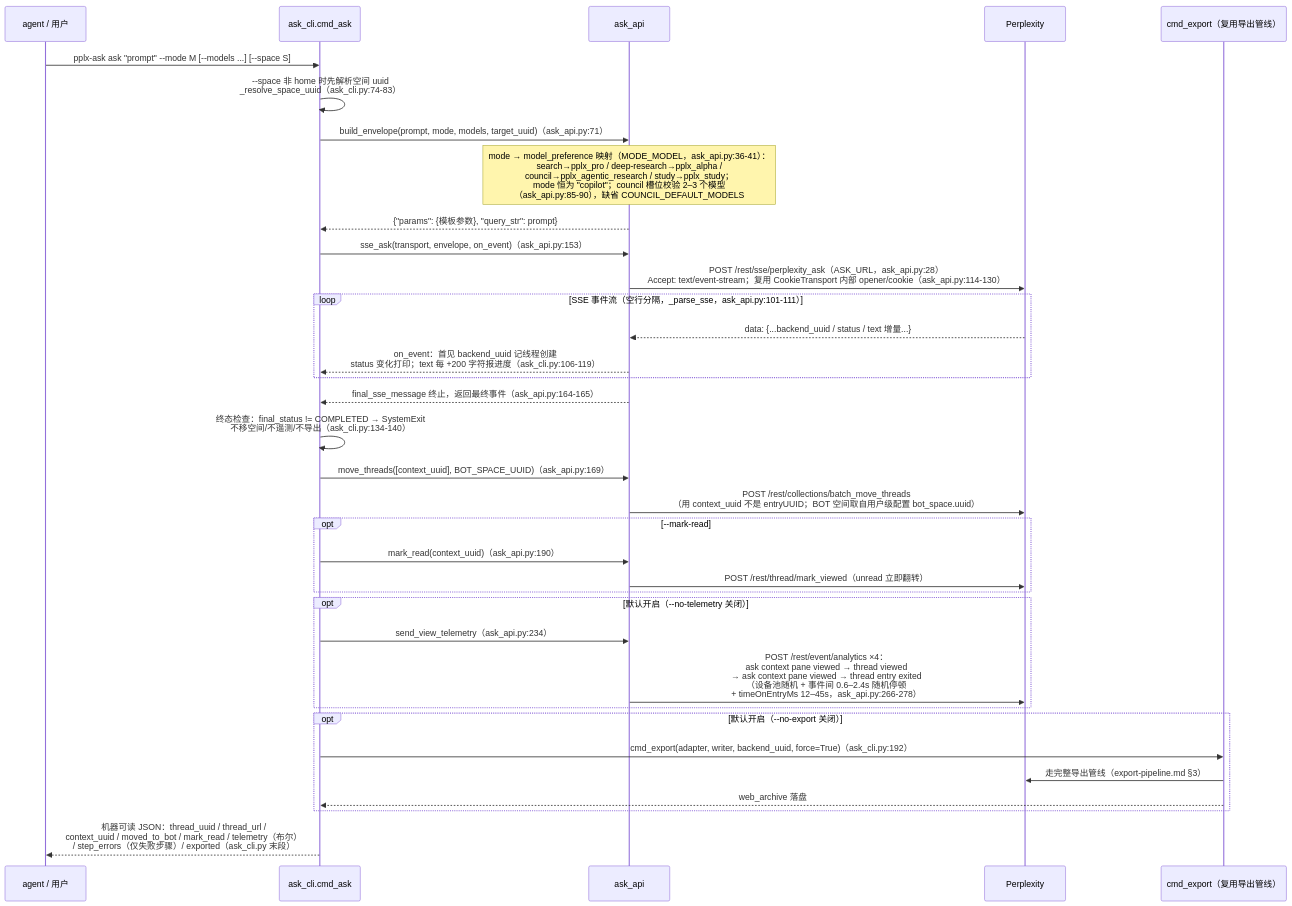
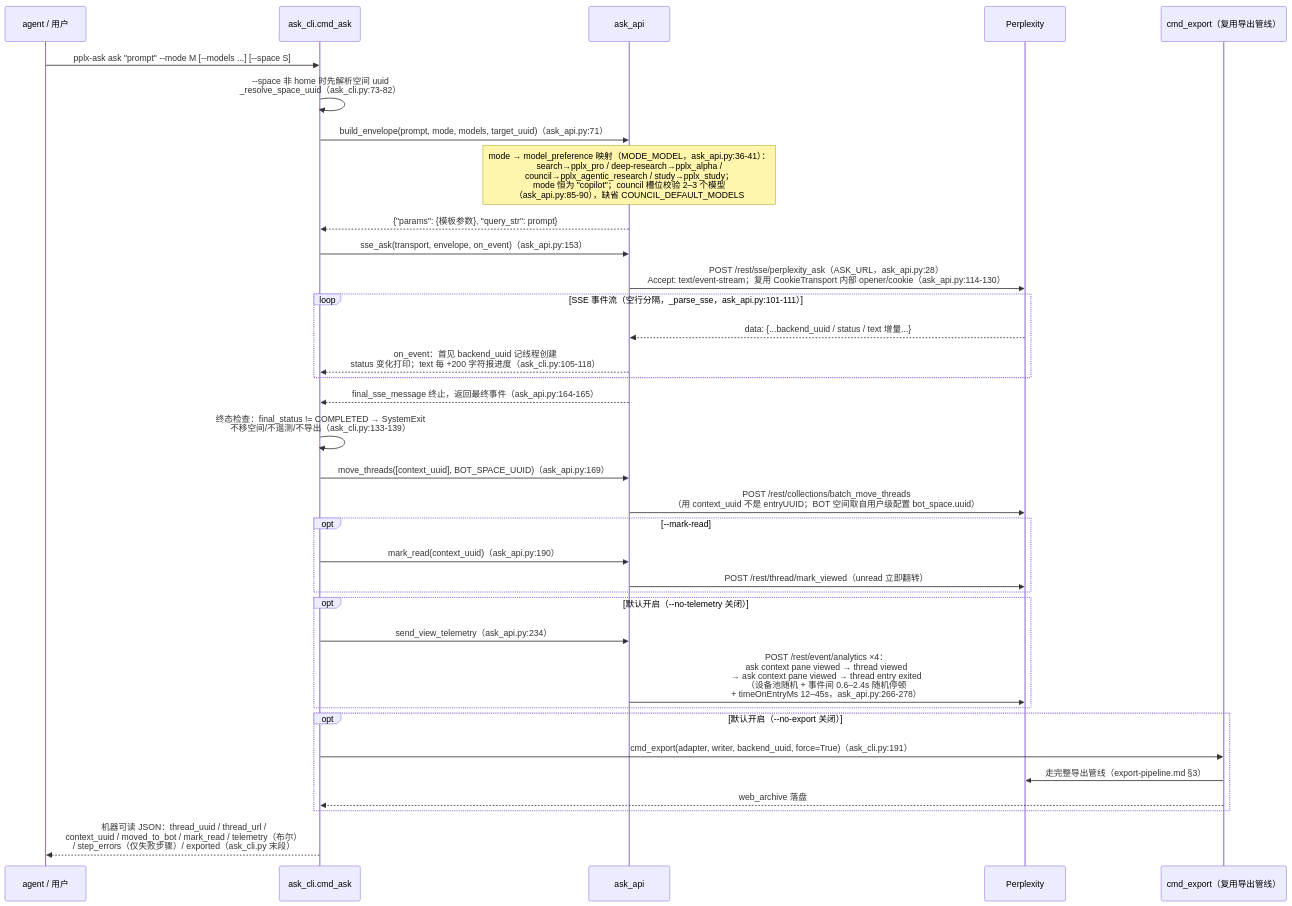
The first of 2 diagrams in docs/architecture/ask-and-accounts.zh-CN.md (Yiksing/pplx-tools), drawn with Mermaid before and after one commit. The commit also changed other lines of this file and 54 other files, not shown here.

````diff
--- a/docs/architecture/ask-and-accounts.zh-CN.md
+++ b/docs/architecture/ask-and-accounts.zh-CN.md
@@ -10,38 +10,38 @@
 ```mermaid
 sequenceDiagram
     participant U as agent / 用户
     participant A as ask_cli.cmd_ask
     participant AK as ask_api
     participant P as Perplexity
     participant EX as cmd_export（复用导出管线）
 
     U->>A: pplx-ask ask "prompt" --mode M [--models ...] [--space S]
-    A->>A: --space 非 home 时先解析空间 uuid<br/>_resolve_space_uuid（ask_cli.py:74-83）
+    A->>A: --space 非 home 时先解析空间 uuid<br/>_resolve_space_uuid（ask_cli.py:73-82）
     A->>AK: build_envelope(prompt, mode, models, target_uuid)（ask_api.py:71）
     Note over AK: mode → model_preference 映射（MODE_MODEL，ask_api.py:36-41）：<br/>search→pplx_pro / deep-research→pplx_alpha /<br/>council→pplx_agentic_research / study→pplx_study；<br/>mode 恒为 "copilot"；council 槽位校验 2–3 个模型<br/>（ask_api.py:85-90），缺省 COUNCIL_DEFAULT_MODELS
     AK-->>A: {"params": {模板参数}, "query_str": prompt}
     A->>AK: sse_ask(transport, envelope, on_event)（ask_api.py:153）
     AK->>P: POST /rest/sse/perplexity_ask（ASK_URL，ask_api.py:28）<br/>Accept: text/event-stream；复用 CookieTransport 内部 opener/cookie（ask_api.py:114-130）
     loop SSE 事件流（空行分隔，_parse_sse，ask_api.py:101-111）
         P-->>AK: data: {...backend_uuid / status / text 增量...}
-        AK-->>A: on_event：首见 backend_uuid 记线程创建<br/>status 变化打印；text 每 +200 字符报进度（ask_cli.py:106-119）
+        AK-->>A: on_event：首见 backend_uuid 记线程创建<br/>status 变化打印；text 每 +200 字符报进度（ask_cli.py:105-118）
     end
     AK-->>A: final_sse_message 终止，返回最终事件（ask_api.py:164-165）
-    A->>A: 终态检查：final_status != COMPLETED → SystemExit<br/>不移空间/不遥测/不导出（ask_cli.py:134-140）
+    A->>A: 终态检查：final_status != COMPLETED → SystemExit<br/>不移空间/不遥测/不导出（ask_cli.py:133-139）
     A->>AK: move_threads([context_uuid], BOT_SPACE_UUID)（ask_api.py:169）
     AK->>P: POST /rest/collections/batch_move_threads<br/>（用 context_uuid 不是 entryUUID；BOT 空间取自用户级配置 bot_space.uuid）
     opt --mark-read
         A->>AK: mark_read(context_uuid)（ask_api.py:190）
         AK->>P: POST /rest/thread/mark_viewed（unread 立即翻转）
     end
     opt 默认开启（--no-telemetry 关闭）
         A->>AK: send_view_telemetry（ask_api.py:234）
         AK->>P: POST /rest/event/analytics ×4：<br/>ask context pane viewed → thread viewed<br/>→ ask context pane viewed → thread entry exited<br/>（设备池随机 + 事件间 0.6–2.4s 随机停顿<br/>+ timeOnEntryMs 12–45s，ask_api.py:266-278）
     end
     opt 默认开启（--no-export 关闭）
-        A->>EX: cmd_export(adapter, writer, backend_uuid, force=True)（ask_cli.py:192）
+        A->>EX: cmd_export(adapter, writer, backend_uuid, force=True)（ask_cli.py:191）
         EX->>P: 走完整导出管线（export-pipeline.md §3）
         EX-->>A: web_archive 落盘
     end
     A-->>U: 机器可读 JSON：thread_uuid / thread_url /<br/>context_uuid / moved_to_bot / mark_read / telemetry（布尔）<br/>/ step_errors（仅失败步骤）/ exported（ask_cli.py 末段）
 ```
````
